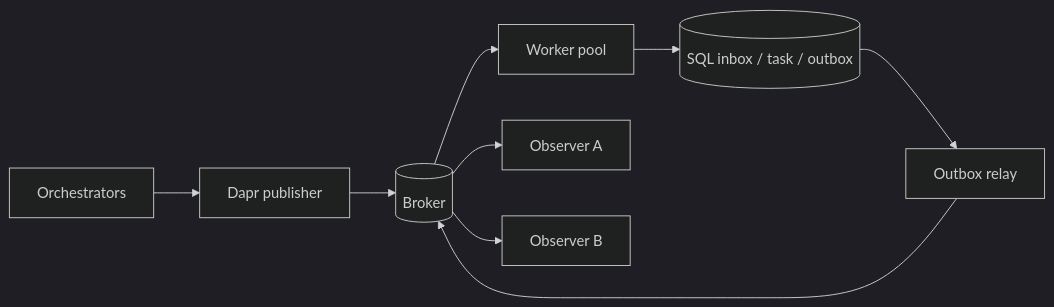
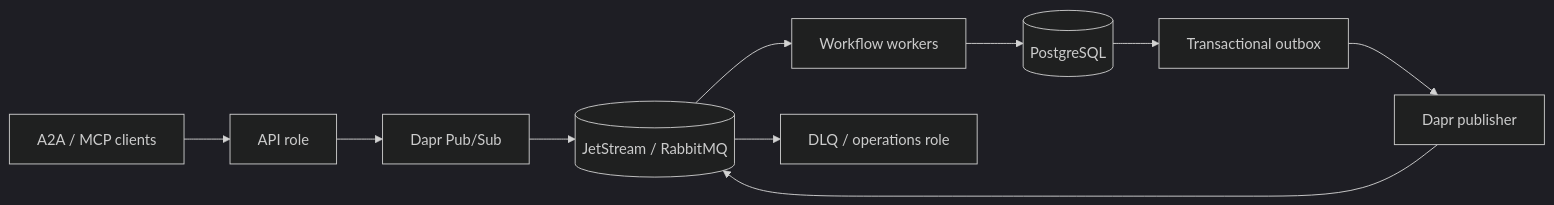
One commit to rodhayl/A2A_MQ changed the diagram in docs/ARCHITECTURE.md. Above: the diagram before and after it, drawn with Mermaid (dark theme). The commit also changed other lines of this file and 18 other files, not shown here.

Commit message:
docs: align user, architecture and validation guides with rc2

````diff
--- a/docs/ARCHITECTURE.md
+++ b/docs/ARCHITECTURE.md
@@ -71,11 +91,12 @@
 ```mermaid
 flowchart LR
-  O[Orchestrators] --> P[Dapr publisher]
-  P --> B[(Broker)]
-  B --> W[Worker pool]
-  W --> S[(SQL inbox / task / outbox)]
-  S --> R[Outbox relay]
-  R --> B
-  B --> A[Observer A]
-  B --> C[Observer B]
+  C[A2A / MCP clients] --> API[API role]
+  API --> D1[Dapr Pub/Sub]
+  D1 --> B[(JetStream / RabbitMQ)]
+  B --> W[Workflow workers]
+  W --> DB[(PostgreSQL)]
+  DB --> O[Transactional outbox]
+  O --> D2[Dapr publisher]
+  D2 --> B
+  B --> DQ[DLQ / operations role]
 ```
````
